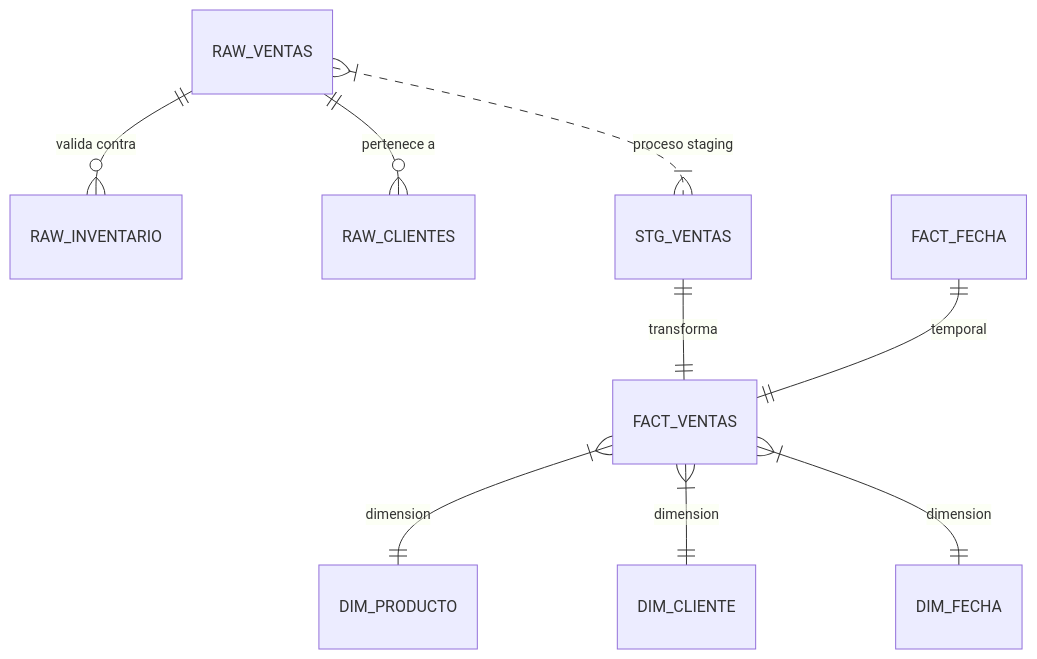
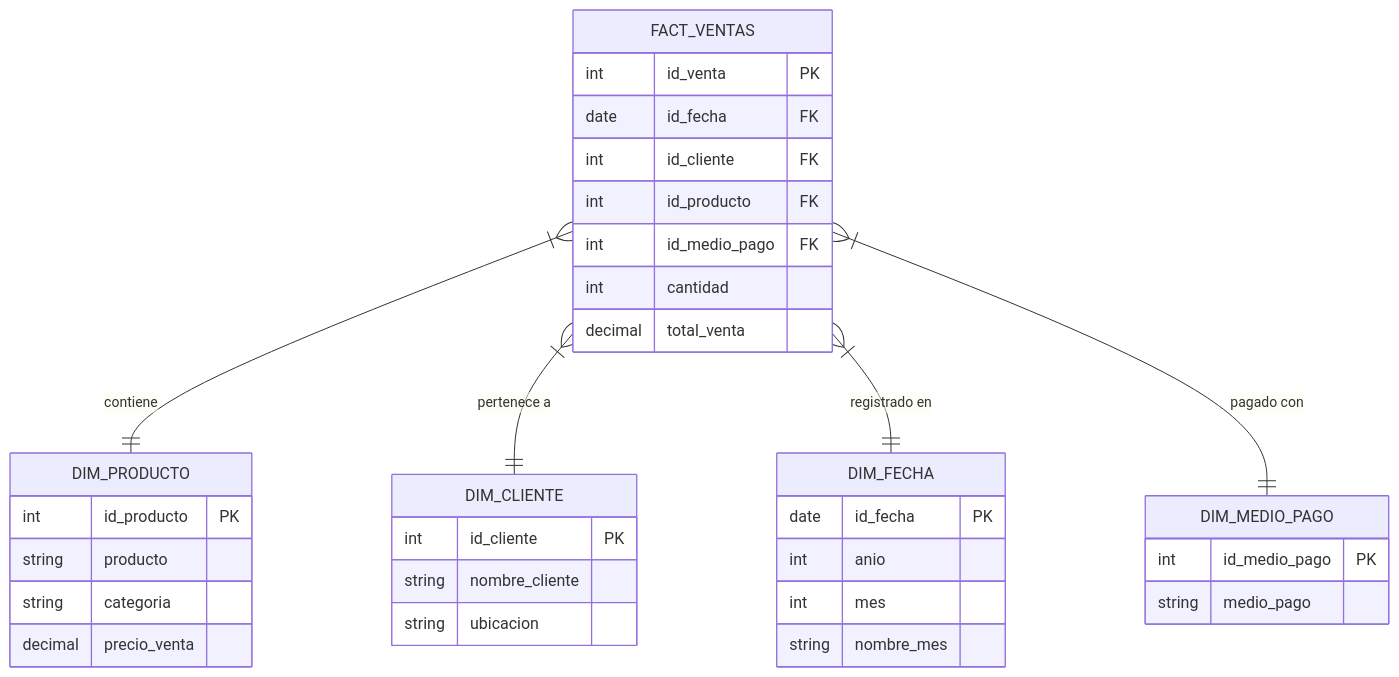
One commit to No-Country-simulation/-S02-26-Equipo-53-Data-Science changed the diagram in documentacion/base_de_datos.md. Above: the diagram before and after it, drawn with Mermaid. The commit also changed other lines of this file and 5 other files, not shown here.

Commit message:
docs: finalize artistic and comprehensive documentation overhaul with premium styling and diagrams

````diff
--- a/documentacion/base_de_datos.md
+++ b/documentacion/base_de_datos.md
@@ -7,13 +28,38 @@
 ```mermaid
 erDiagram
-    RAW_VENTAS ||--o{ RAW_INVENTARIO : "valida contra"
-    RAW_VENTAS ||--o{ RAW_CLIENTES : "pertenece a"
-    
-    RAW_VENTAS }|..|{ STG_VENTAS : "proceso staging"
-    STG_VENTAS ||--|| FACT_VENTAS : "transforma"
-    
-    FACT_VENTAS }|--|| DIM_PRODUCTO : "dimension"
-    FACT_VENTAS }|--|| DIM_CLIENTE : "dimension"
-    FACT_VENTAS }|--|| DIM_FECHA : "dimension"
-    FACT_FECHA ||--|| FACT_VENTAS : "temporal"
+    FACT_VENTAS {
+        int id_venta PK
+        date id_fecha FK
+        int id_cliente FK
+        int id_producto FK
+        int id_medio_pago FK
+        int cantidad
+        decimal total_venta
+    }
+    DIM_PRODUCTO {
+        int id_producto PK
+        string producto
+        string categoria
+        decimal precio_venta
+    }
+    DIM_CLIENTE {
+        int id_cliente PK
+        string nombre_cliente
+        string ubicacion
+    }
+    DIM_FECHA {
+        date id_fecha PK
+        int anio
+        int mes
+        string nombre_mes
+    }
+    DIM_MEDIO_PAGO {
+        int id_medio_pago PK
+        string medio_pago
+    }
+
+    FACT_VENTAS }|--|| DIM_PRODUCTO : "contiene"
+    FACT_VENTAS }|--|| DIM_CLIENTE : "pertenece a"
+    FACT_VENTAS }|--|| DIM_FECHA : "registrado en"
+    FACT_VENTAS }|--|| DIM_MEDIO_PAGO : "pagado con"
 ```
````
